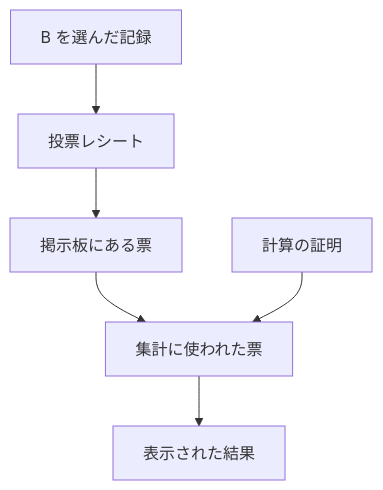
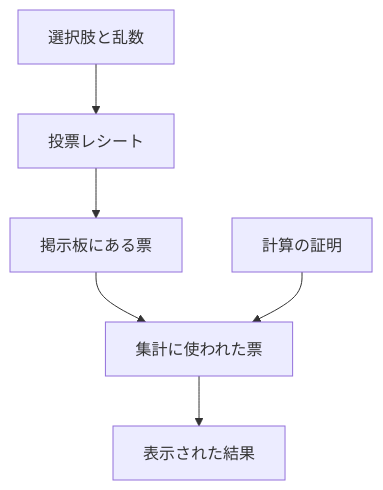
Before and after one commit to hwatanabe-jp/stark-ballot-simulator-public: the diagram in public-book/src/overview.md, drawn with Mermaid. The commit also changed other lines of this file and 835 other files, not shown here.

````diff
--- a/public-book/src/overview.md
+++ b/public-book/src/overview.md
@@ -16,8 +16,8 @@
 ```mermaid
 flowchart TB
-  V["B を選んだ記録"] --> R["投票レシート"]
+  V["選択肢と乱数"] --> R["投票レシート"]
   R --> B["掲示板にある票"]
   B --> T["集計に使われた票"]
   T --> O["表示された結果"]
   P["計算の証明"] --> T
 ```
````
